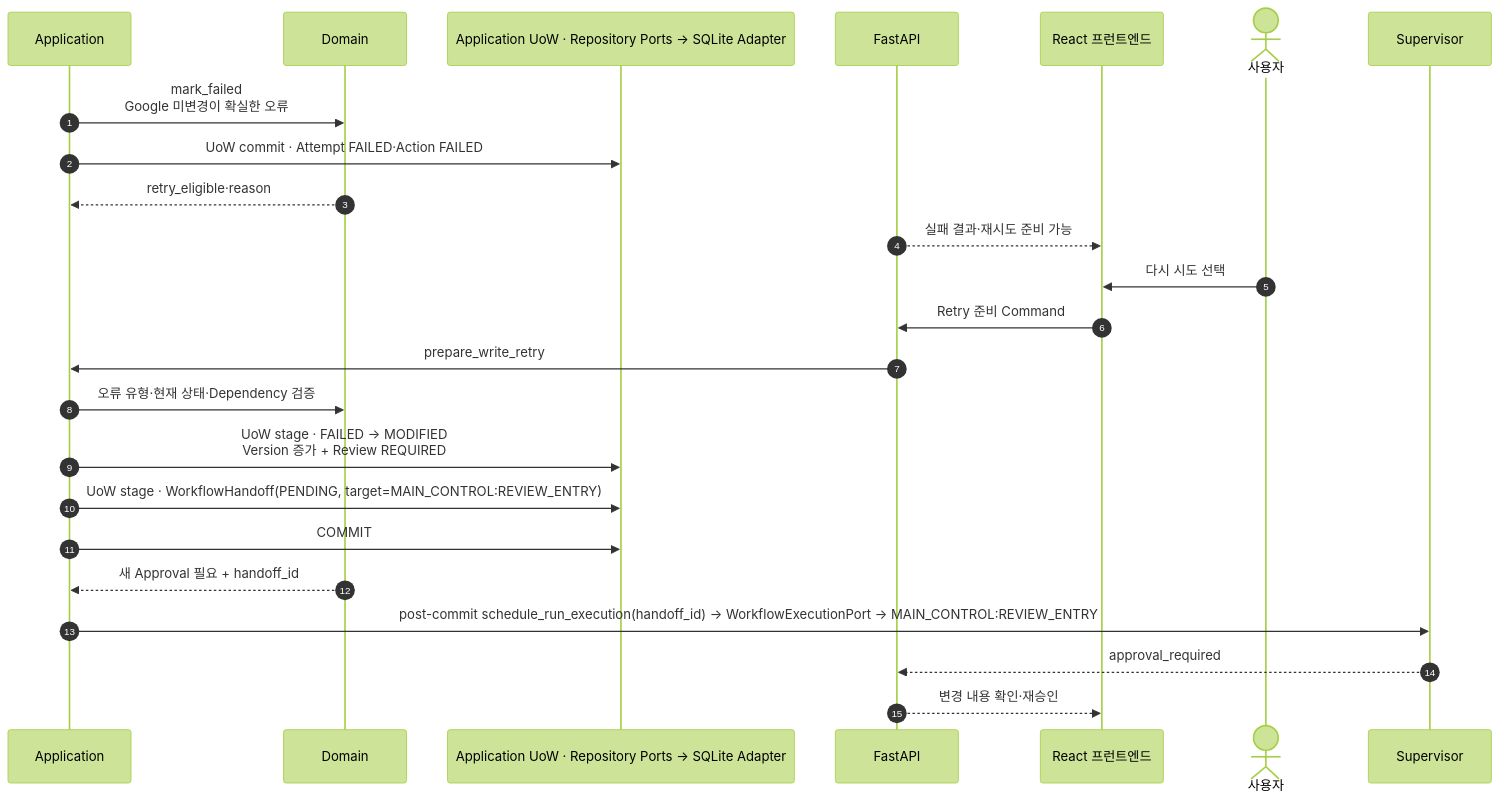
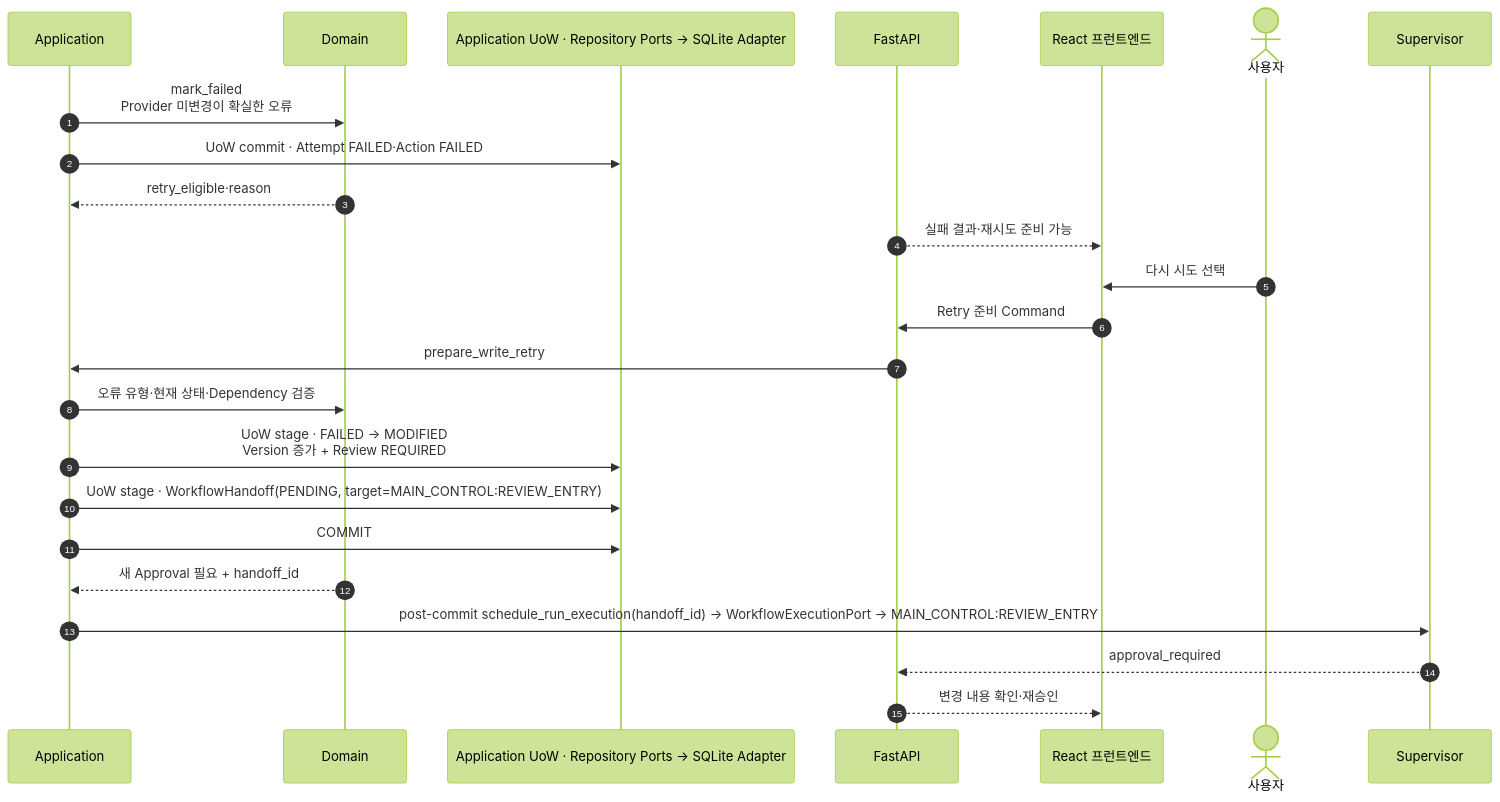
Diagram 11 of 19 in docs/canonical/08-sequence-design.md (solar-ai-dev/mcp-work-agent), drawn with Mermaid (forest theme) before and after one commit. The commit also changed other lines of this file and 11 other files, not shown here.

````diff
--- a/docs/canonical/08-sequence-design.md
+++ b/docs/canonical/08-sequence-design.md
@@ -971,28 +971,28 @@
 ```mermaid
 sequenceDiagram
     autonumber
     participant APP as Application
     participant DOM as Domain
     participant DB as Application UoW · Repository Ports → SQLite Adapter
     participant API as FastAPI
     participant FE as React 프런트엔드
     actor U as 사용자
     participant SUP as Supervisor
 
-    APP->>DOM: mark_failed<br>Google 미변경이 확실한 오류
+    APP->>DOM: mark_failed<br>Provider 미변경이 확실한 오류
     APP->>DB: UoW commit · Attempt FAILED·Action FAILED
     DOM-->>APP: retry_eligible·reason
     API-->>FE: 실패 결과·재시도 준비 가능
 
     U->>FE: 다시 시도 선택
     FE->>API: Retry 준비 Command
     API->>APP: prepare_write_retry
     APP->>DOM: 오류 유형·현재 상태·Dependency 검증
     APP->>DB: UoW stage · FAILED → MODIFIED<br>Version 증가 + Review REQUIRED
     APP->>DB: UoW stage · WorkflowHandoff(PENDING, target=MAIN_CONTROL:REVIEW_ENTRY)
     APP->>DB: COMMIT
     DOM-->>APP: 새 Approval 필요 + handoff_id
     APP->>SUP: post-commit schedule_run_execution(handoff_id) → WorkflowExecutionPort → MAIN_CONTROL:REVIEW_ENTRY
     SUP-->>API: approval_required
     API-->>FE: 변경 내용 확인·재승인
 ```
````
